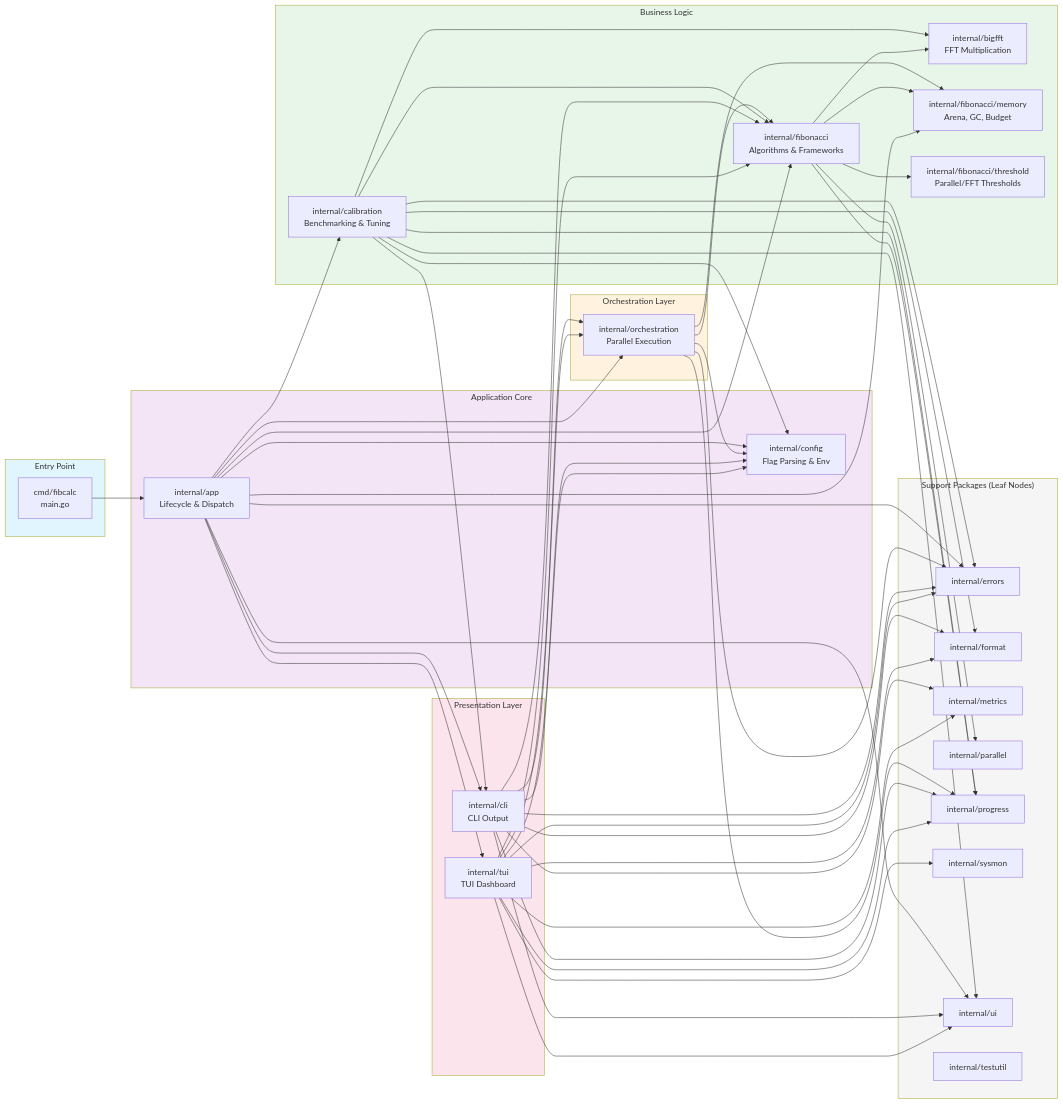
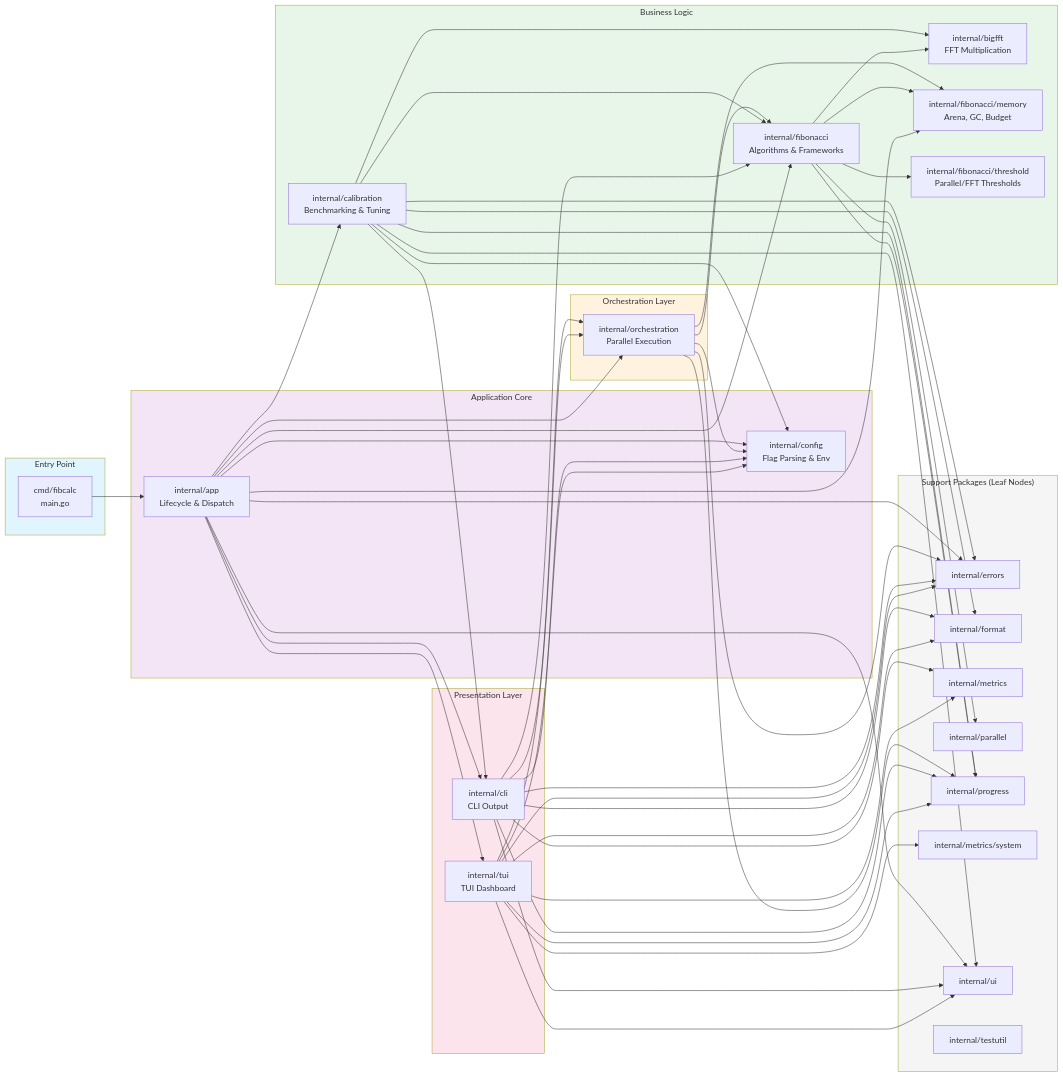
One commit to agbruneau/Fibonacci changed the diagram in docs/architecture/dependency-graph.mermaid. Above: the diagram before and after it, drawn with Mermaid. The commit also changed 10 other files, not shown here.

```diff
--- a/docs/architecture/dependency-graph.mermaid
+++ b/docs/architecture/dependency-graph.mermaid
@@ -1,96 +1,95 @@
 flowchart LR
     subgraph Entry["Entry Point"]
         main["cmd/fibcalc<br/>main.go"]
     end
 
     subgraph Core["Application Core"]
         app["internal/app<br/>Lifecycle & Dispatch"]
         config["internal/config<br/>Flag Parsing & Env"]
     end
 
     subgraph Orchestration["Orchestration Layer"]
         orch["internal/orchestration<br/>Parallel Execution"]
     end
 
     subgraph Business["Business Logic"]
         fib["internal/fibonacci<br/>Algorithms & Frameworks"]
         bigfft["internal/bigfft<br/>FFT Multiplication"]
         calib["internal/calibration<br/>Benchmarking & Tuning"]
         fibmem["internal/fibonacci/memory<br/>Arena, GC, Budget"]
         fibthr["internal/fibonacci/threshold<br/>Parallel/FFT Thresholds"]
     end
 
     subgraph Presentation["Presentation Layer"]
         cli["internal/cli<br/>CLI Output"]
         tui["internal/tui<br/>TUI Dashboard"]
     end
 
     subgraph Support["Support Packages (Leaf Nodes)"]
         errors["internal/errors"]
         format["internal/format"]
         metrics["internal/metrics"]
         parallel["internal/parallel"]
         progress["internal/progress"]
-        sysmon["internal/sysmon"]
+        sysmon["internal/metrics/system"]
         ui["internal/ui"]
         testutil["internal/testutil"]
     end
 
     main --> app
     app --> config
     app --> orch
     app --> cli
     app --> tui
     app --> calib
     app --> fib
     app --> errors
     app --> ui
 
     orch --> fib
     orch --> config
     orch --> errors
     orch --> progress
     orch --> fibmem
 
     calib --> fib
     calib --> bigfft
     calib --> cli
     calib --> config
     calib --> errors
     calib --> format
     calib --> ui
     calib --> progress
 
     fib --> bigfft
     fib --> parallel
     fib --> progress
     fib --> fibmem
     fib --> fibthr
 
     cli --> format
     cli --> errors
     cli --> metrics
     cli --> ui
     cli --> orch
     cli --> fib
     cli --> config
     cli --> progress
 
     tui --> format
     tui --> metrics
     tui --> sysmon
     tui --> ui
     tui --> errors
     tui --> config
-    tui --> fib
     tui --> orch
     tui --> progress
 
     app --> fibmem
 
     style Entry fill:#e1f5fe
     style Core fill:#f3e5f5
     style Orchestration fill:#fff3e0
     style Business fill:#e8f5e9
     style Presentation fill:#fce4ec
     style Support fill:#f5f5f5
```
